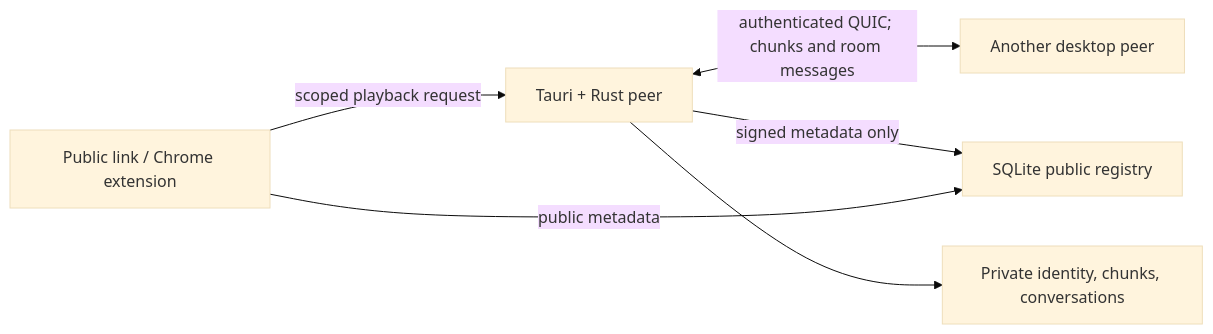
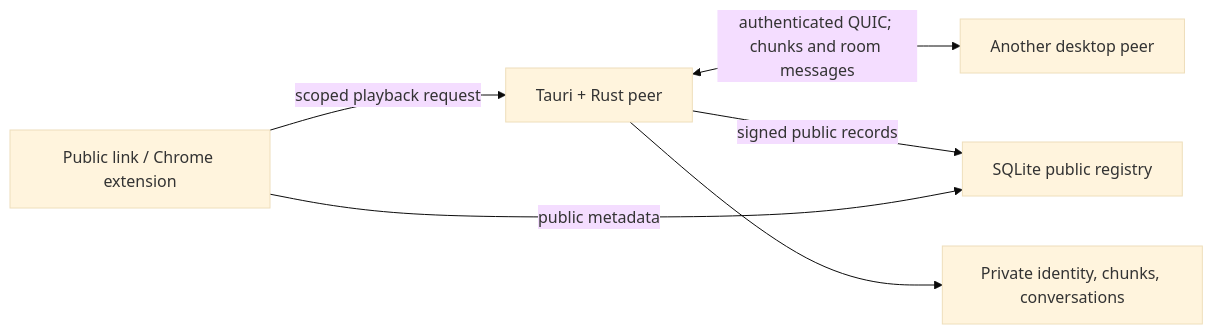
Before and after one commit to crs48/xNet: the diagram in experiments/community-network/PLAN.md, drawn with Mermaid (base theme). The commit also changed other lines of this file and 21 other files, not shown here.

````diff
--- a/experiments/community-network/PLAN.md
+++ b/experiments/community-network/PLAN.md
@@ -9,8 +9,8 @@
 ```mermaid
 flowchart LR
   Browser[Public link / Chrome extension] -->|scoped playback request| Desktop[Tauri + Rust peer]
   Desktop <-->|authenticated QUIC; chunks and room messages| Peer[Another desktop peer]
-  Desktop -->|signed metadata only| Registry[SQLite public registry]
+  Desktop -->|signed public records| Registry[SQLite public registry]
   Browser -->|public metadata| Registry
   Desktop --> Local[Private identity, chunks, conversations]
 ```
````
